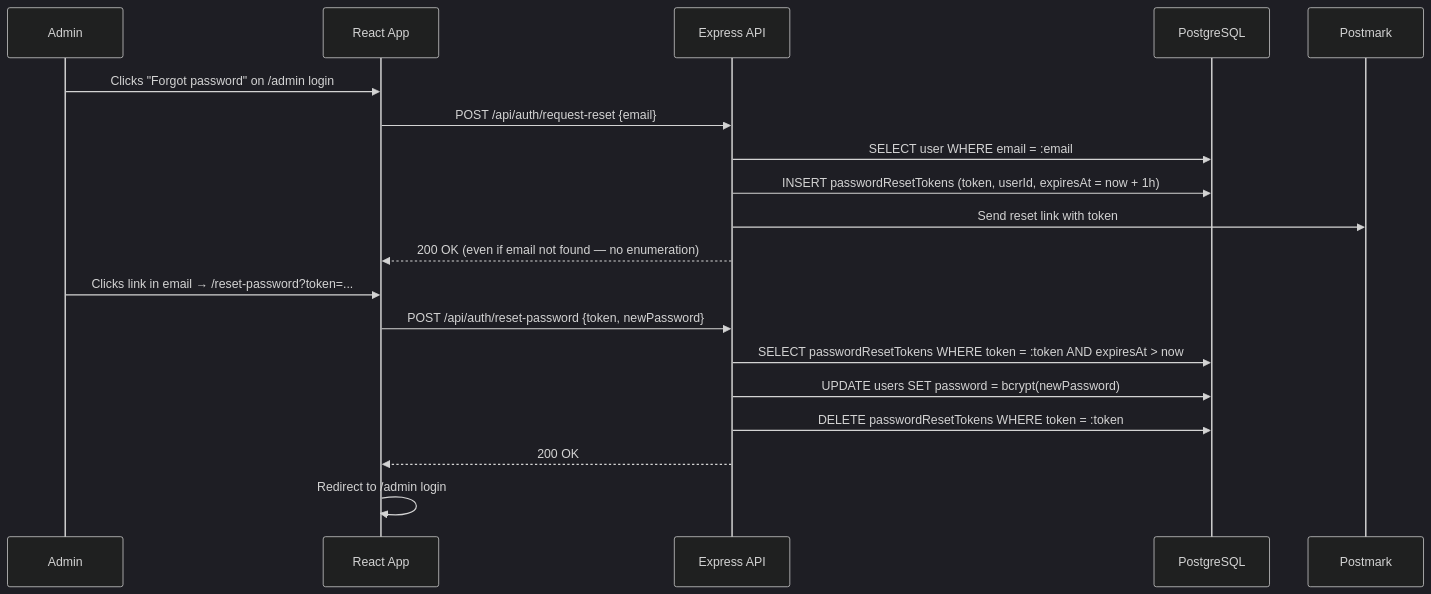
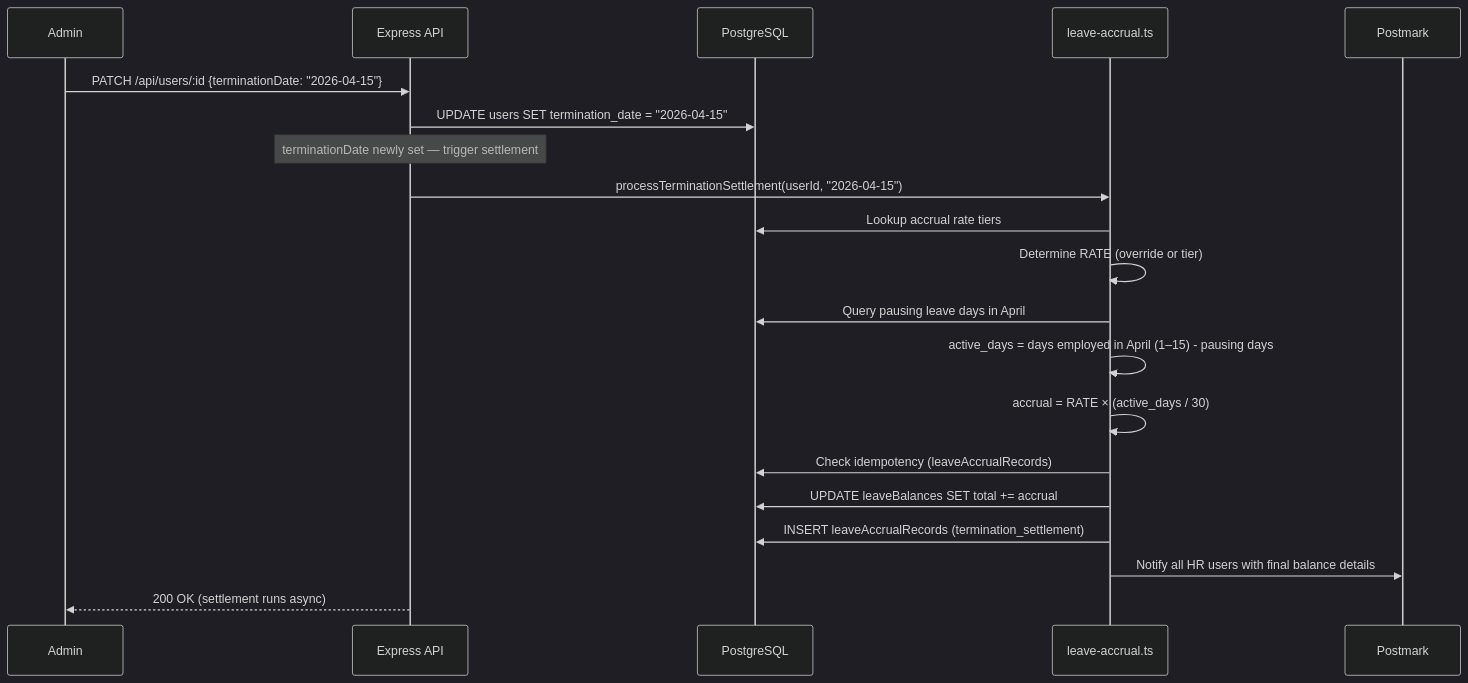
The fifth of 5 diagrams in docs/sad/06-key-workflows.md (stopdoingnothing/Factory-Flow), drawn with Mermaid (dark theme) before and after one commit. The commit also changed other lines of this file and 17 other files, not shown here.

````diff
--- a/docs/sad/06-key-workflows.md
+++ b/docs/sad/06-key-workflows.md
@@ -129,23 +196,23 @@
 ```mermaid
 sequenceDiagram
-    participant Admin as Admin
-    participant Client as React App
+    participant Admin
     participant API as Express API
     participant DB as PostgreSQL
+    participant Engine as leave-accrual.ts
     participant Email as Postmark
 
-    Admin->>Client: Clicks "Forgot password" on /admin login
-    Client->>API: POST /api/auth/request-reset {email}
-    API->>DB: SELECT user WHERE email = :email
-    API->>DB: INSERT passwordResetTokens (token, userId, expiresAt = now + 1h)
-    API->>Email: Send reset link with token
-    API-->>Client: 200 OK (even if email not found — no enumeration)
-
-    Admin->>Client: Clicks link in email → /reset-password?token=...
-    Client->>API: POST /api/auth/reset-password {token, newPassword}
-    API->>DB: SELECT passwordResetTokens WHERE token = :token AND expiresAt > now
-    API->>DB: UPDATE users SET password = bcrypt(newPassword)
-    API->>DB: DELETE passwordResetTokens WHERE token = :token
-    API-->>Client: 200 OK
-    Client->>Client: Redirect to /admin login
+    Admin->>API: PATCH /api/users/:id {terminationDate: "2026-04-15"}
+    API->>DB: UPDATE users SET termination_date = "2026-04-15"
+    Note over API: terminationDate newly set — trigger settlement
+    API->>Engine: processTerminationSettlement(userId, "2026-04-15")
+    Engine->>DB: Lookup accrual rate tiers
+    Engine->>Engine: Determine RATE (override or tier)
+    Engine->>DB: Query pausing leave days in April
+    Engine->>Engine: active_days = days employed in April (1–15) - pausing days
+    Engine->>Engine: accrual = RATE × (active_days / 30)
+    Engine->>DB: Check idempotency (leaveAccrualRecords)
+    Engine->>DB: UPDATE leaveBalances SET total += accrual
+    Engine->>DB: INSERT leaveAccrualRecords (termination_settlement)
+    Engine->>Email: Notify all HR users with final balance details
+    API-->>Admin: 200 OK (settlement runs async)
 ```
````
